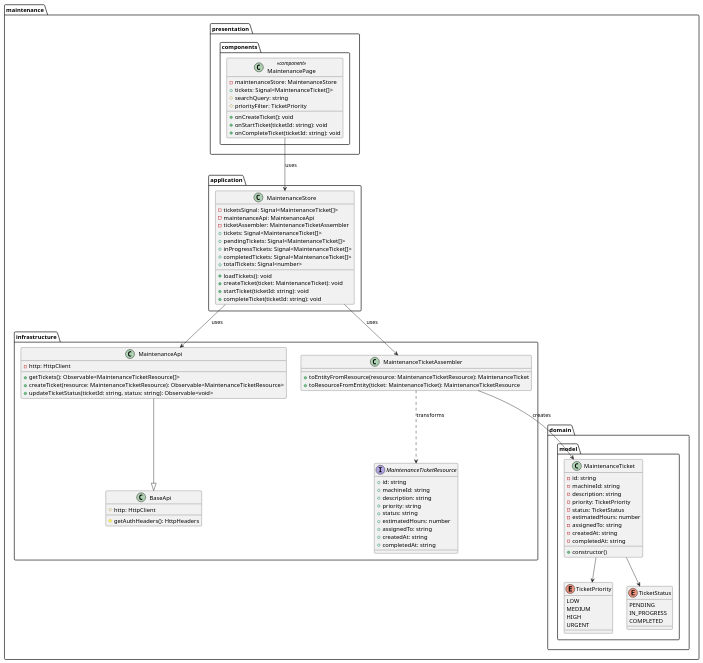
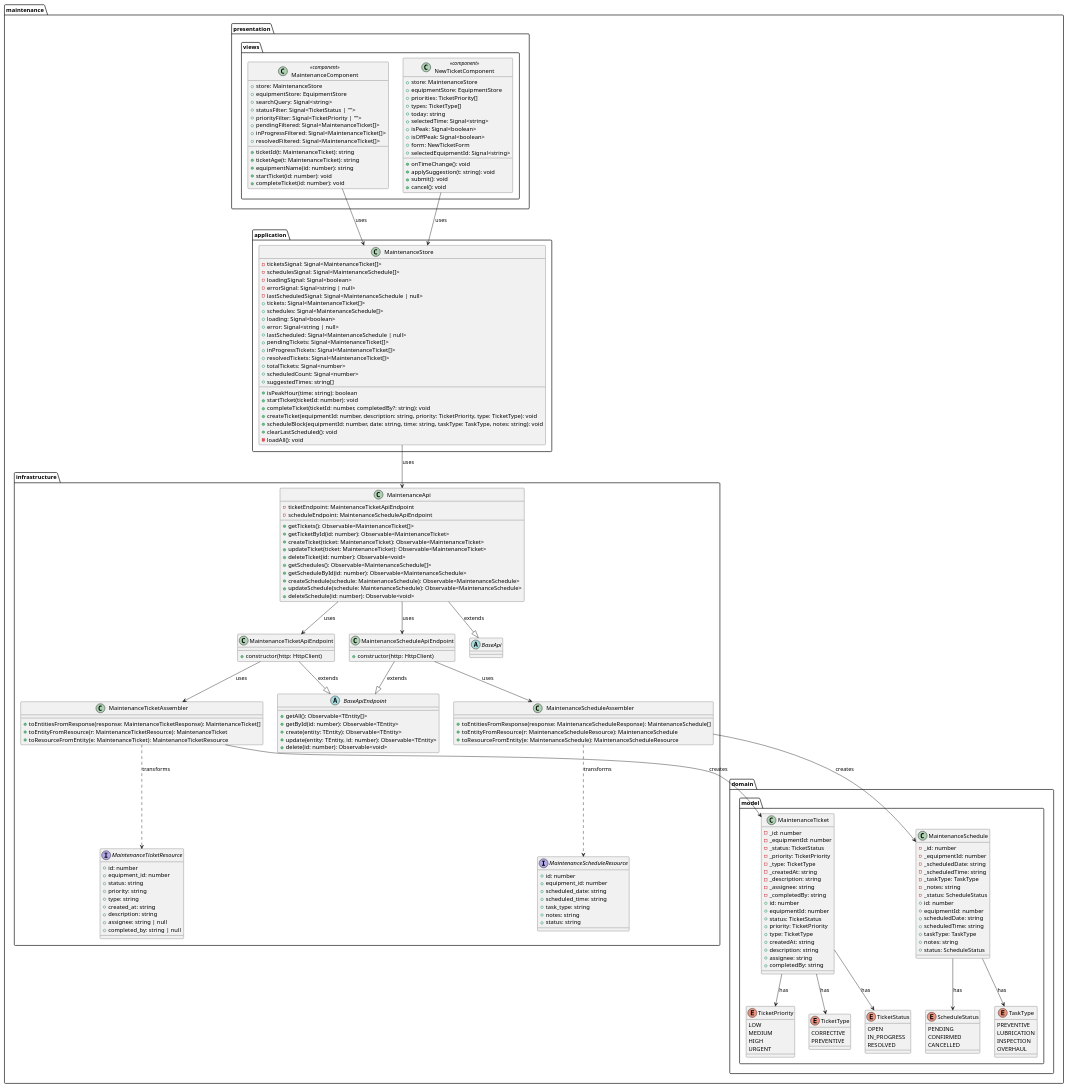
The diagram in docs/class-diagrams-frontend/class-diagram-matainance.puml (SpotTrack-1ASI0729-2610-11881/spottrack-report), drawn with PlantUML before and after one commit. The commit also changed 13 other files, not shown here.

Commit message:
docs: update class diagrams frontend

```diff
--- a/docs/class-diagrams-frontend/class-diagram-matainance.puml
+++ b/docs/class-diagrams-frontend/class-diagram-matainance.puml
@@ -2,94 +2,226 @@
 
 package "maintenance.domain.model" {
   class MaintenanceTicket {
-    - id: string
-    - machineId: string
-    - description: string
-    - priority: TicketPriority
-    - status: TicketStatus
-    - estimatedHours: number
-    - assignedTo: string
-    - createdAt: string
-    - completedAt: string
-    + constructor()
+    - _id: number
+    - _equipmentId: number
+    - _status: TicketStatus
+    - _priority: TicketPriority
+    - _type: TicketType
+    - _createdAt: string
+    - _description: string
+    - _assignee: string
+    - _completedBy: string
+    + id: number
+    + equipmentId: number
+    + status: TicketStatus
+    + priority: TicketPriority
+    + type: TicketType
+    + createdAt: string
+    + description: string
+    + assignee: string
+    + completedBy: string
   }
+
+  class MaintenanceSchedule {
+    - _id: number
+    - _equipmentId: number
+    - _scheduledDate: string
+    - _scheduledTime: string
+    - _taskType: TaskType
+    - _notes: string
+    - _status: ScheduleStatus
+    + id: number
+    + equipmentId: number
+    + scheduledDate: string
+    + scheduledTime: string
+    + taskType: TaskType
+    + notes: string
+    + status: ScheduleStatus
+  }
+
+  enum TicketStatus {
+    OPEN
+    IN_PROGRESS
+    RESOLVED
+  }
+
   enum TicketPriority {
     LOW
     MEDIUM
     HIGH
     URGENT
   }
-  enum TicketStatus {
+
+  enum TicketType {
+    CORRECTIVE
+    PREVENTIVE
+  }
+
+  enum TaskType {
+    PREVENTIVE
+    LUBRICATION
+    INSPECTION
+    OVERHAUL
+  }
+
+  enum ScheduleStatus {
     PENDING
-    IN_PROGRESS
-    COMPLETED
+    CONFIRMED
+    CANCELLED
   }
 }
 
 package "maintenance.application" {
   class MaintenanceStore {
     - ticketsSignal: Signal<MaintenanceTicket[]>
-    - maintenanceApi: MaintenanceApi
-    - ticketAssembler: MaintenanceTicketAssembler
+    - schedulesSignal: Signal<MaintenanceSchedule[]>
+    - loadingSignal: Signal<boolean>
+    - errorSignal: Signal<string | null>
+    - lastScheduledSignal: Signal<MaintenanceSchedule | null>
     + tickets: Signal<MaintenanceTicket[]>
+    + schedules: Signal<MaintenanceSchedule[]>
+    + loading: Signal<boolean>
+    + error: Signal<string | null>
+    + lastScheduled: Signal<MaintenanceSchedule | null>
     + pendingTickets: Signal<MaintenanceTicket[]>
     + inProgressTickets: Signal<MaintenanceTicket[]>
-    + completedTickets: Signal<MaintenanceTicket[]>
+    + resolvedTickets: Signal<MaintenanceTicket[]>
     + totalTickets: Signal<number>
-    + loadTickets(): void
-    + createTicket(ticket: MaintenanceTicket): void
-    + startTicket(ticketId: string): void
-    + completeTicket(ticketId: string): void
+    + scheduledCount: Signal<number>
+    + suggestedTimes: string[]
+    + isPeakHour(time: string): boolean
+    + startTicket(ticketId: number): void
+    + completeTicket(ticketId: number, completedBy?: string): void
+    + createTicket(equipmentId: number, description: string, priority: TicketPriority, type: TicketType): void
+    + scheduleBlock(equipmentId: number, date: string, time: string, taskType: TaskType, notes: string): void
+    + clearLastScheduled(): void
+    - loadAll(): void
   }
 }
 
 package "maintenance.infrastructure" {
+  interface MaintenanceTicketResource {
+    + id: number
+    + equipment_id: number
+    + status: string
+    + priority: string
+    + type: string
+    + created_at: string
+    + description: string
+    + assignee: string | null
+    + completed_by: string | null
+  }
+
+  interface MaintenanceScheduleResource {
+    + id: number
+    + equipment_id: number
+    + scheduled_date: string
+    + scheduled_time: string
+    + task_type: string
+    + notes: string
+    + status: string
+  }
+
+  class MaintenanceTicketAssembler {
+    + toEntitiesFromResponse(response: MaintenanceTicketResponse): MaintenanceTicket[]
+    + toEntityFromResource(r: MaintenanceTicketResource): MaintenanceTicket
+    + toResourceFromEntity(e: MaintenanceTicket): MaintenanceTicketResource
+  }
+
+  class MaintenanceScheduleAssembler {
+    + toEntitiesFromResponse(response: MaintenanceScheduleResponse): MaintenanceSchedule[]
+    + toEntityFromResource(r: MaintenanceScheduleResource): MaintenanceSchedule
+    + toResourceFromEntity(e: MaintenanceSchedule): MaintenanceScheduleResource
+  }
+
+  class MaintenanceTicketApiEndpoint {
+    + constructor(http: HttpClient)
+  }
+
+  class MaintenanceScheduleApiEndpoint {
+    + constructor(http: HttpClient)
+  }
+
   class MaintenanceApi {
-    - http: HttpClient
-    + getTickets(): Observable<MaintenanceTicketResource[]>
-    + createTicket(resource: MaintenanceTicketResource): Observable<MaintenanceTicketResource>
-    + updateTicketStatus(ticketId: string, status: string): Observable<void>
+    - ticketEndpoint: MaintenanceTicketApiEndpoint
+    - scheduleEndpoint: MaintenanceScheduleApiEndpoint
+    + getTickets(): Observable<MaintenanceTicket[]>
+    + getTicketById(id: number): Observable<MaintenanceTicket>
+    + createTicket(ticket: MaintenanceTicket): Observable<MaintenanceTicket>
+    + updateTicket(ticket: MaintenanceTicket): Observable<MaintenanceTicket>
+    + deleteTicket(id: number): Observable<void>
+    + getSchedules(): Observable<MaintenanceSchedule[]>
+    + getScheduleById(id: number): Observable<MaintenanceSchedule>
+    + createSchedule(schedule: MaintenanceSchedule): Observable<MaintenanceSchedule>
+    + updateSchedule(schedule: MaintenanceSchedule): Observable<MaintenanceSchedule>
+    + deleteSchedule(id: number): Observable<void>
   }
-  interface MaintenanceTicketResource {
-    + id: string
-    + machineId: string
-    + description: string
-    + priority: string
-    + status: string
-    + estimatedHours: number
-    + assignedTo: string
-    + createdAt: string
-    + completedAt: string
+
+  abstract class BaseApi {
   }
-  class MaintenanceTicketAssembler {
-    + toEntityFromResource(resource: MaintenanceTicketResource): MaintenanceTicket
-    + toResourceFromEntity(ticket: MaintenanceTicket): MaintenanceTicketResource
-  }
-  class BaseApi {
-    # http: HttpClient
-    # getAuthHeaders(): HttpHeaders
+
+  abstract class BaseApiEndpoint {
+    + getAll(): Observable<TEntity[]>
+    + getById(id: number): Observable<TEntity>
+    + create(entity: TEntity): Observable<TEntity>
+    + update(entity: TEntity, id: number): Observable<TEntity>
+    + delete(id: number): Observable<void>
   }
 }
 
-package "maintenance.presentation.components" {
-  class MaintenancePage <<component>> {
-    - maintenanceStore: MaintenanceStore
-    + tickets: Signal<MaintenanceTicket[]>
-    # searchQuery: string
-    # priorityFilter: TicketPriority
-    + onCreateTicket(): void
-    + onStartTicket(ticketId: string): void
-    + onCompleteTicket(ticketId: string): void
+package "maintenance.presentation.views" {
+  class MaintenanceComponent <<component>> {
+    + store: MaintenanceStore
+    + equipmentStore: EquipmentStore
+    + searchQuery: Signal<string>
+    + statusFilter: Signal<TicketStatus | "">
+    + priorityFilter: Signal<TicketPriority | "">
+    + pendingFiltered: Signal<MaintenanceTicket[]>
+    + inProgressFiltered: Signal<MaintenanceTicket[]>
+    + resolvedFiltered: Signal<MaintenanceTicket[]>
+    + ticketId(t: MaintenanceTicket): string
+    + ticketAge(t: MaintenanceTicket): string
+    + equipmentName(id: number): string
+    + startTicket(id: number): void
+    + completeTicket(id: number): void
+  }
+
+  class NewTicketComponent <<component>> {
+    + store: MaintenanceStore
+    + equipmentStore: EquipmentStore
+    + priorities: TicketPriority[]
+    + types: TicketType[]
+    + today: string
+    + selectedTime: Signal<string>
+    + isPeak: Signal<boolean>
+    + isOffPeak: Signal<boolean>
+    + form: NewTicketForm
+    + selectedEquipmentId: Signal<string>
+    + onTimeChange(): void
+    + applySuggestion(t: string): void
+    + submit(): void
+    + cancel(): void
   }
 }
 
-MaintenanceApi --|> BaseApi
+MaintenanceApi --|> BaseApi : extends
+MaintenanceTicketApiEndpoint --|> BaseApiEndpoint : extends
+MaintenanceScheduleApiEndpoint --|> BaseApiEndpoint : extends
+MaintenanceApi --> MaintenanceTicketApiEndpoint : uses
+MaintenanceApi --> MaintenanceScheduleApiEndpoint : uses
+MaintenanceTicketApiEndpoint --> MaintenanceTicketAssembler : uses
+MaintenanceScheduleApiEndpoint --> MaintenanceScheduleAssembler : uses
 MaintenanceStore --> MaintenanceApi : uses
-MaintenanceStore --> MaintenanceTicketAssembler : uses
 MaintenanceTicketAssembler ..> MaintenanceTicketResource : transforms
 MaintenanceTicketAssembler --> MaintenanceTicket : creates
-MaintenancePage --> MaintenanceStore : uses
-MaintenanceTicket --> TicketPriority
-MaintenanceTicket --> TicketStatus
+MaintenanceScheduleAssembler ..> MaintenanceScheduleResource : transforms
+MaintenanceScheduleAssembler --> MaintenanceSchedule : creates
+MaintenanceComponent --> MaintenanceStore : uses
+NewTicketComponent --> MaintenanceStore : uses
+MaintenanceTicket --> TicketStatus : has
+MaintenanceTicket --> TicketPriority : has
+MaintenanceTicket --> TicketType : has
+MaintenanceSchedule --> TaskType : has
+MaintenanceSchedule --> ScheduleStatus : has
 
 @enduml
```
